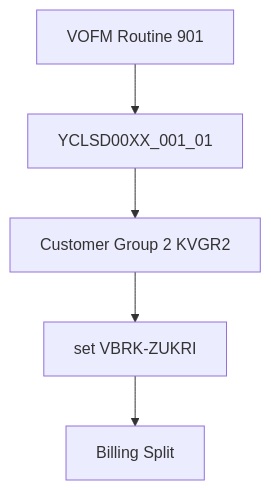
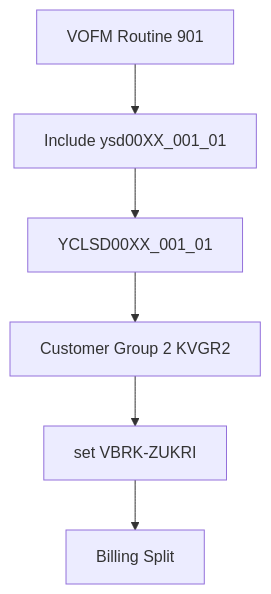
The first of 2 diagrams in sap/abap/Classical/demo1/README.md (blackif/demo), drawn with Mermaid before and after one commit. The commit also changed other lines of this file, not shown here.

Commit message:
docs: update demo1 flow diagrams with includes

````diff
--- a/sap/abap/Classical/demo1/README.md
+++ b/sap/abap/Classical/demo1/README.md
@@ -57,7 +61,8 @@
 ```mermaid
 flowchart TD
-    A1[VOFM Routine 901] --> B1[YCLSD00XX_001_01]
-    B1 --> C1[Customer Group 2 KVGR2]
-    C1 --> D1[set VBRK-ZUKRI]
-    D1 --> E1[Billing Split]
+    A1[VOFM Routine 901] --> B1[Include ysd00XX_001_01]
+    B1 --> C1[YCLSD00XX_001_01]
+    C1 --> D1[Customer Group 2 KVGR2]
+    D1 --> E1[set VBRK-ZUKRI]
+    E1 --> F1[Billing Split]
 ```
````
